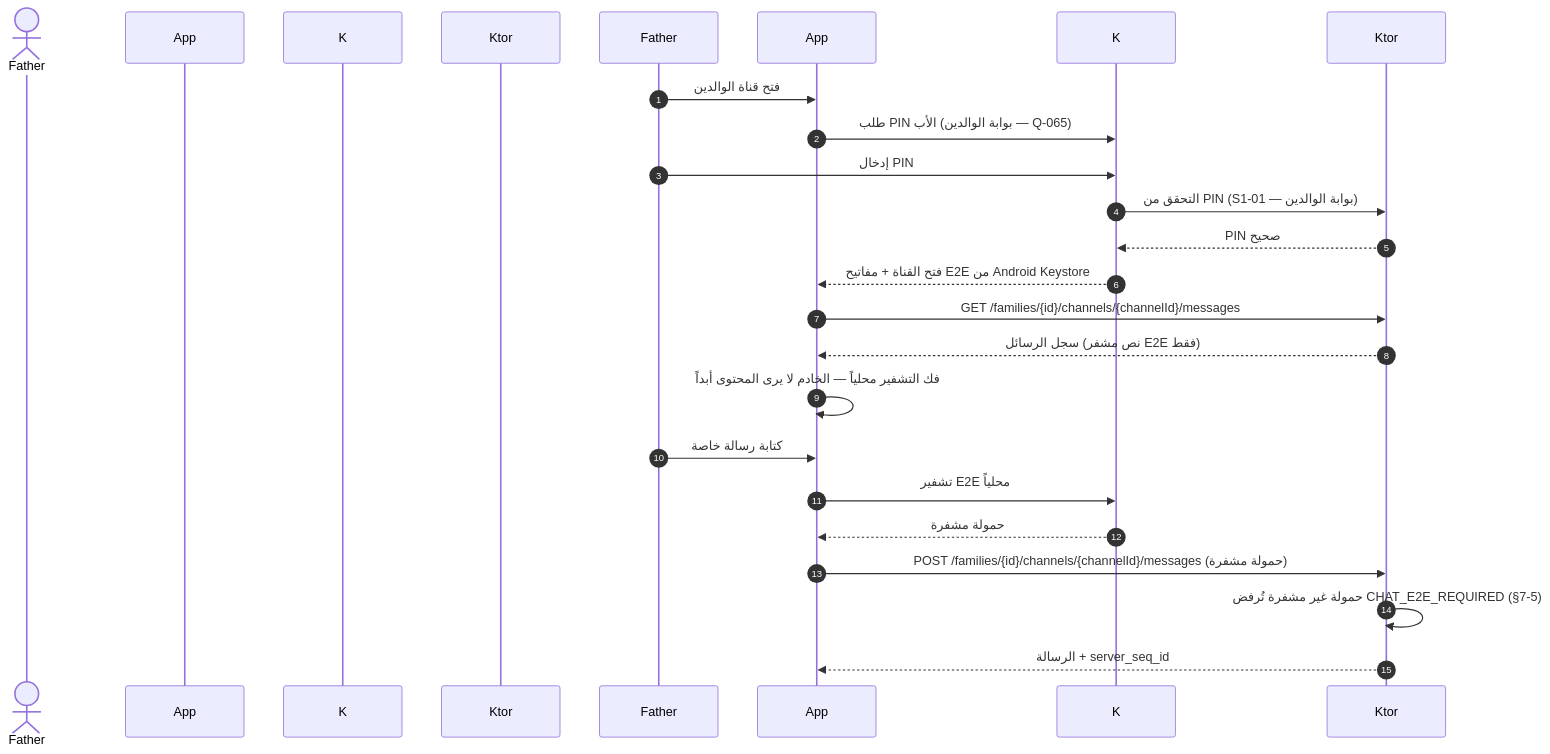
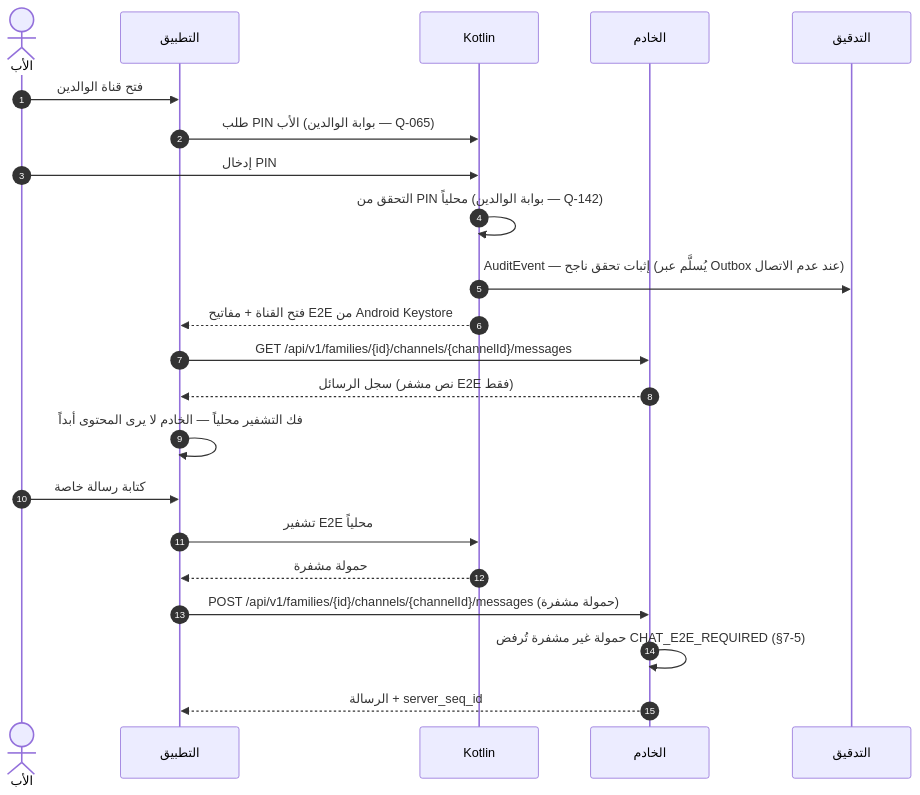
One commit to Bassam-mohammed-alqaeadi/family-os-v2 changed the fourth of 10 diagrams in docs/family-os/governance/phases/phase-1/S1-08-chat-basic/DIAGRAMS.md. Above: the diagram before and after it, drawn with Mermaid. The commit also changed other lines of this file and 10 other files, not shown here.

Commit message:
إغلاق المراجعة الشاملة R1–R5 (Q-196…Q-231) — المخططات DIAGRAMS + خريطة السياق (2/4)

````diff
--- a/docs/family-os/governance/phases/phase-1/S1-08-chat-basic/DIAGRAMS.md
+++ b/docs/family-os/governance/phases/phase-1/S1-08-chat-basic/DIAGRAMS.md
@@ -213,23 +213,24 @@
 ```mermaid
 sequenceDiagram
     autonumber
-    actor الأب as Father
-    participant التطبيق as App
-    participant Kotlin as K
-    participant الخادم as Ktor
+    actor Father as الأب
+    participant App as التطبيق
+    participant K as Kotlin
+    participant Ktor as الخادم
+    participant Audit as التدقيق
     Father->>App: فتح قناة الوالدين
     App->>K: طلب PIN الأب (بوابة الوالدين — Q-065)
     Father->>K: إدخال PIN
-    K->>Ktor: التحقق من PIN (S1-01 — بوابة الوالدين)
-    Ktor-->>K: PIN صحيح
+    K->>K: التحقق من PIN محلياً (بوابة الوالدين — Q-142)
+    K->>Audit: AuditEvent — إثبات تحقق ناجح (يُسلَّم عبر Outbox عند عدم الاتصال)
     K-->>App: فتح القناة + مفاتيح E2E من Android Keystore
-    App->>Ktor: GET /families/{id}/channels/{channelId}/messages
+    App->>Ktor: GET /api/v1/families/{id}/channels/{channelId}/messages
     Ktor-->>App: سجل الرسائل (نص مشفر E2E فقط)
     App->>App: فك التشفير محلياً — الخادم لا يرى المحتوى أبداً
     Father->>App: كتابة رسالة خاصة
     App->>K: تشفير E2E محلياً
     K-->>App: حمولة مشفرة
-    App->>Ktor: POST /families/{id}/channels/{channelId}/messages (حمولة مشفرة)
+    App->>Ktor: POST /api/v1/families/{id}/channels/{channelId}/messages (حمولة مشفرة)
     Ktor->>Ktor: حمولة غير مشفرة تُرفض CHAT_E2E_REQUIRED (§7-5)
     Ktor-->>App: الرسالة + server_seq_id
 ```
````
